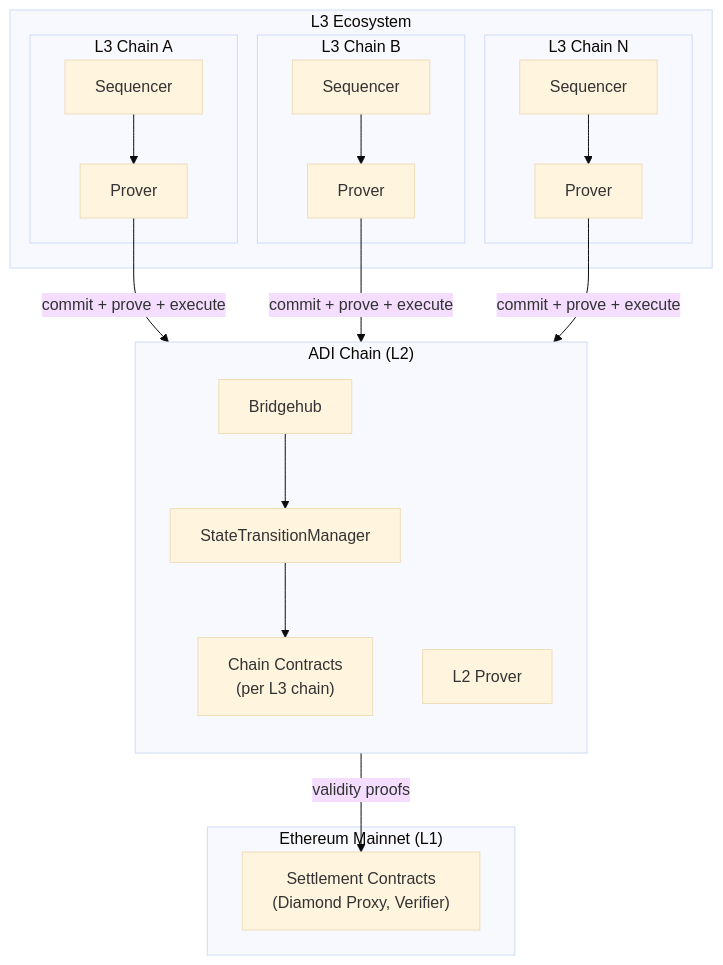
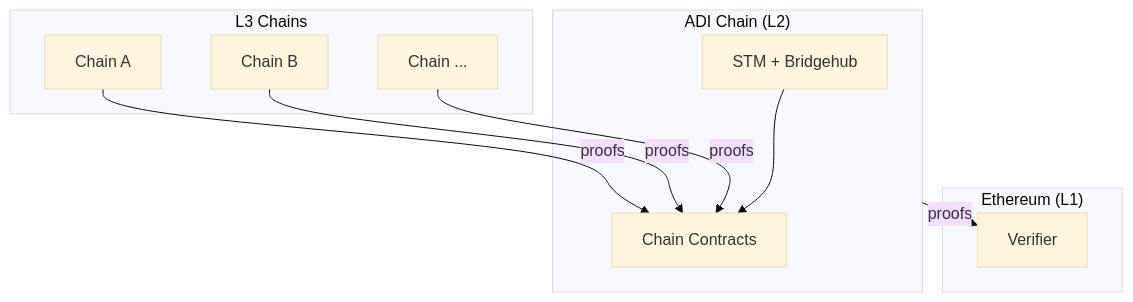
One commit to ADI-Foundation-Labs/ADI-Network-Documentation changed the second of 4 diagrams in adi-network-components/l3-architecture.md. Above: the diagram before and after it, drawn with Mermaid (base theme). The commit also changed other lines of this file, not shown here.

Commit message:
docs: Update L3 Chain Architecture diagram for improved visualization and clarity

````diff
--- a/adi-network-components/l3-architecture.md
+++ b/adi-network-components/l3-architecture.md
@@ -35,40 +29,21 @@
 ```mermaid
 flowchart TB
-    subgraph L1["Ethereum Mainnet (L1)"]
-        L1Contracts["Settlement Contracts<br/>(Diamond Proxy, Verifier)"]
+    subgraph L1["Ethereum (L1)"]
+        L1V["Verifier"]
     end
 
     subgraph L2["ADI Chain (L2)"]
-        direction TB
-        L2Bridgehub["Bridgehub"]
-        L2STM["StateTransitionManager"]
-        L2Contracts["Chain Contracts<br/>(per L3 chain)"]
-        L2Prover["L2 Prover"]
-
-        L2Bridgehub --> L2STM
+        L2STM["STM + Bridgehub"]
+        L2Contracts["Chain Contracts"]
         L2STM --> L2Contracts
     end
 
-    subgraph L3Ecosystem["L3 Ecosystem"]
-        subgraph Chain1["L3 Chain A"]
-            Seq1["Sequencer"]
-            Prover1["Prover"]
-            Seq1 --> Prover1
-        end
-        subgraph Chain2["L3 Chain B"]
-            Seq2["Sequencer"]
-            Prover2["Prover"]
-            Seq2 --> Prover2
-        end
-        subgraph ChainN["L3 Chain N"]
-            SeqN["Sequencer"]
-            ProverN["Prover"]
-            SeqN --> ProverN
-        end
+    subgraph L3["L3 Chains"]
+        ChainA["Chain A"]
+        ChainB["Chain B"]
+        ChainN["Chain ..."]
     end
 
-    Prover1 -->|"commit + prove + execute"| L2Contracts
-    Prover2 -->|"commit + prove + execute"| L2Contracts
-    ProverN -->|"commit + prove + execute"| L2Contracts
-    L2Prover -->|"validity proofs"| L1Contracts
+    ChainA & ChainB & ChainN -->|"proofs"| L2Contracts
+    L2 -->|"proofs"| L1V
 ```
````
